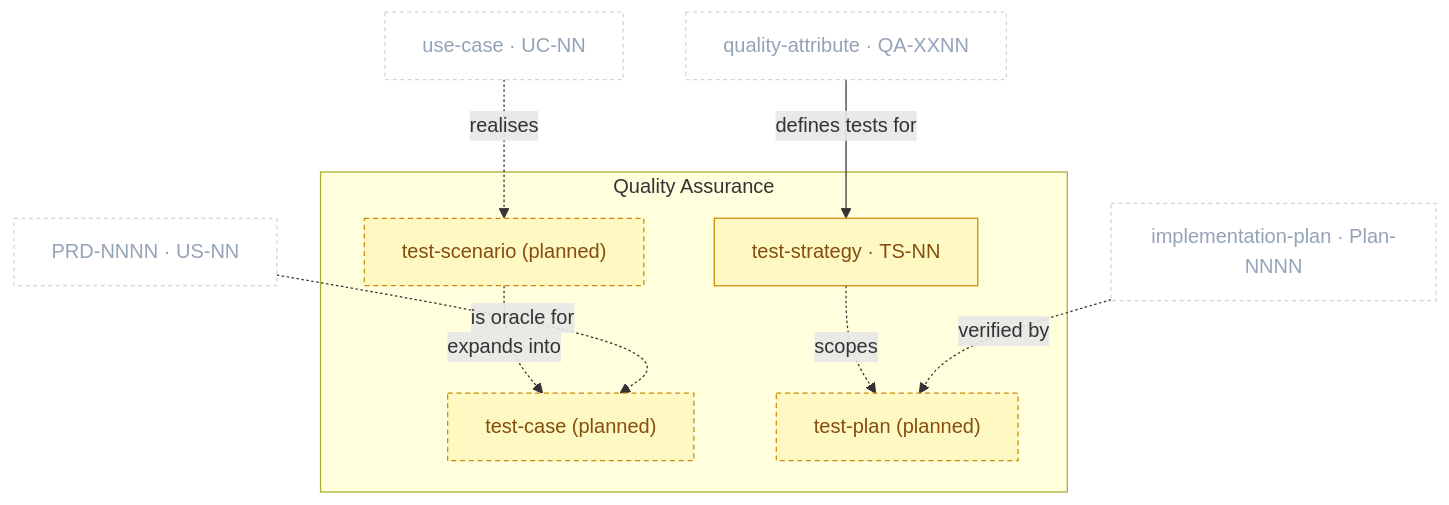
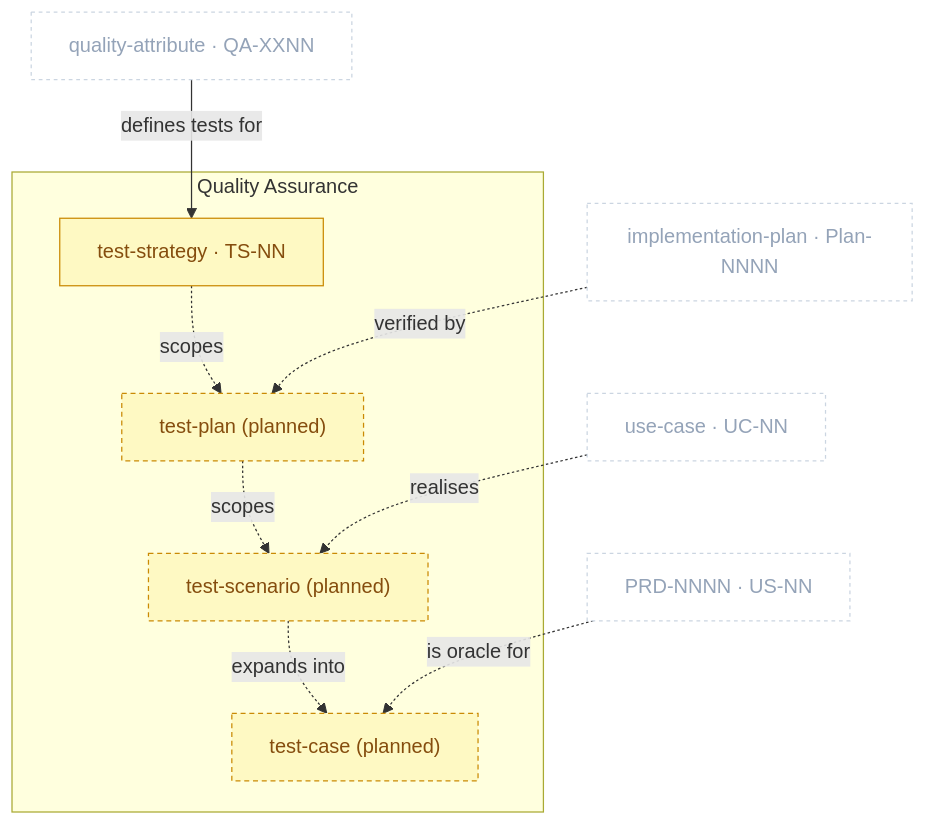
Before and after one commit to VictorHueni/clew: the diagram in docs/metamodel/packages/quality-assurance.md, drawn with Mermaid. The commit also changed other lines of this file and 1 other file, not shown here.

````diff
--- a/docs/metamodel/packages/quality-assurance.md
+++ b/docs/metamodel/packages/quality-assurance.md
@@ -26,25 +26,26 @@
 ```mermaid
 flowchart TD
     classDef qa      fill:#FEF9C3,stroke:#CA8A04,color:#854D0E
     classDef planned fill:#FEF9C3,stroke:#CA8A04,color:#854D0E,stroke-dasharray:4 3
     classDef ext     fill:#ffffff,stroke:#cbd5e1,color:#94a3b8,stroke-dasharray:3 3
 
     QAT["quality-attribute · QA-XXNN"]:::ext
     UC["use-case · UC-NN"]:::ext
     PRD["PRD-NNNN · US-NN"]:::ext
     PLAN["implementation-plan · Plan-NNNN"]:::ext
 
     subgraph QA["Quality Assurance"]
         TS["test-strategy · TS-NN"]:::qa
         TSC["test-scenario (planned)"]:::planned
         TC["test-case (planned)"]:::planned
         TP["test-plan (planned)"]:::planned
     end
 
     TS -.->|"scopes"| TP
+    TP -.->|"scopes"| TSC
     QAT -->|"defines tests for"| TS
     UC -.->|"realises"| TSC
     TSC -.->|"expands into"| TC
     PRD -.->|"is oracle for"| TC
     PLAN -.->|"verified by"| TP
 ```
````
